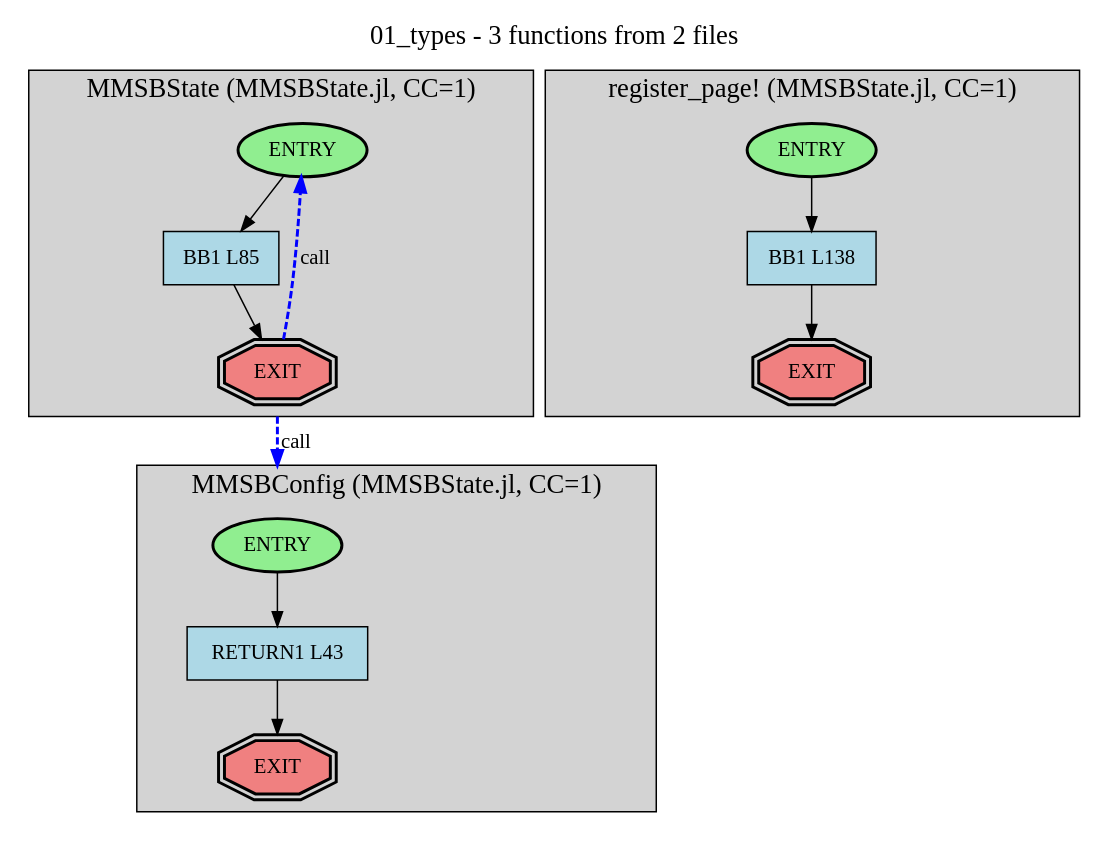
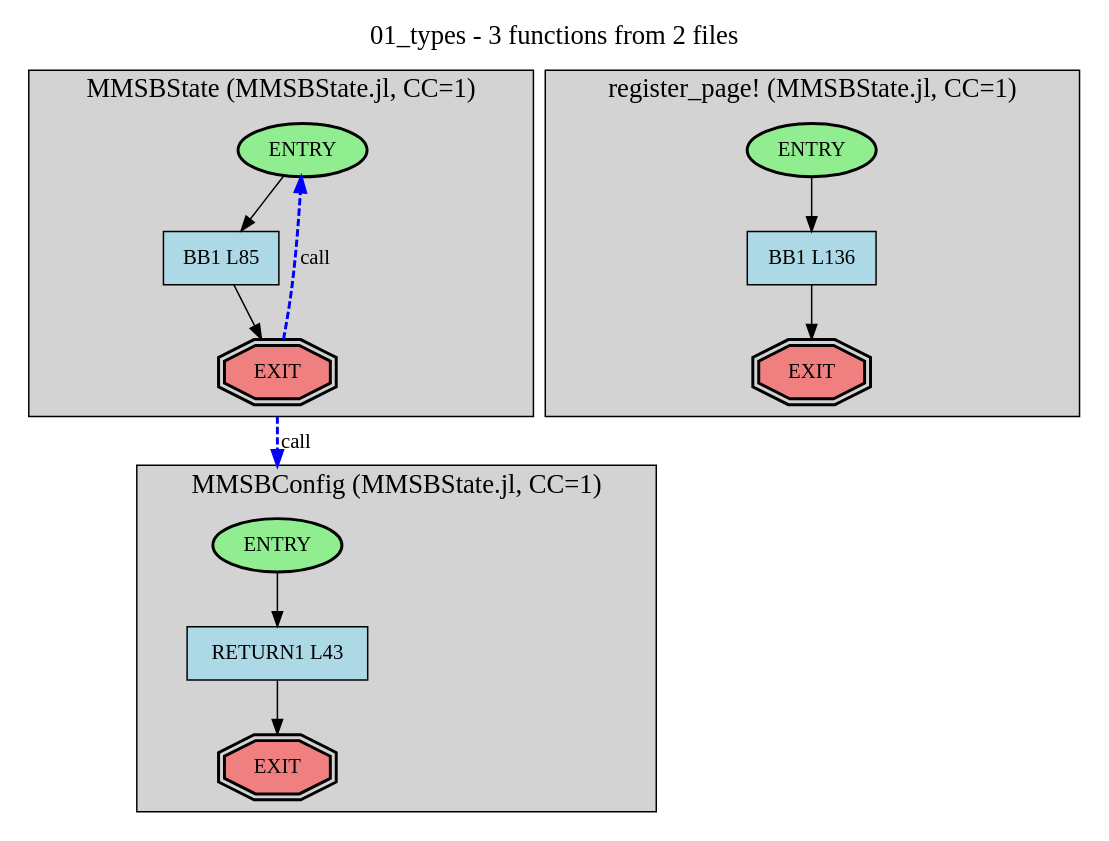
Before and after one commit to cicero-violate/MMSB: the diagram in docs/analysis/cfg/dots/layers/01_types.dot, drawn with Graphviz. The commit also changed 75 other files, not shown here.

```diff
--- a/docs/analysis/cfg/dots/layers/01_types.dot
+++ b/docs/analysis/cfg/dots/layers/01_types.dot
@@ -1,57 +1,57 @@
 digraph LayerCFG {
   rankdir=TB;
   compound=true;
   newrank=true;
 
   label="01_types - 3 functions from 2 files";
   labelloc=t;
   fontsize=18;
 
   subgraph cluster_1 {
     label="MMSBConfig (MMSBState.jl, CC=1)";
     style=filled;
     fillcolor=lightgray;
     color=black;
 
     f1_n320 [label="ENTRY", shape=ellipse, fillcolor=lightgreen, style="filled,bold"];
     f1_n321 [label="EXIT", shape=doubleoctagon, fillcolor=lightcoral, style="filled,bold"];
     f1_n322 [label="RETURN1 L43", shape=box, fillcolor=lightblue, style="filled"];
 
     f1_n320 -> f1_n322;
     f1_n322 -> f1_n321;
   }
 
   subgraph cluster_2 {
     label="MMSBState (MMSBState.jl, CC=1)";
     style=filled;
     fillcolor=lightgray;
     color=black;
 
     f2_n323 [label="ENTRY", shape=ellipse, fillcolor=lightgreen, style="filled,bold"];
     f2_n324 [label="EXIT", shape=doubleoctagon, fillcolor=lightcoral, style="filled,bold"];
     f2_n325 [label="BB1 L85", shape=box, fillcolor=lightblue, style="filled"];
 
     f2_n323 -> f2_n325;
     f2_n325 -> f2_n324;
   }
 
   subgraph cluster_3 {
     label="register_page! (MMSBState.jl, CC=1)";
     style=filled;
     fillcolor=lightgray;
     color=black;
 
     f3_n326 [label="ENTRY", shape=ellipse, fillcolor=lightgreen, style="filled,bold"];
     f3_n327 [label="EXIT", shape=doubleoctagon, fillcolor=lightcoral, style="filled,bold"];
-    f3_n328 [label="BB1 L138", shape=box, fillcolor=lightblue, style="filled"];
+    f3_n328 [label="BB1 L136", shape=box, fillcolor=lightblue, style="filled"];
 
     f3_n326 -> f3_n328;
     f3_n328 -> f3_n327;
   }
 
   // Inter-function calls
   edge [style=dashed, color=blue, penwidth=2];
 
   f2_n324 -> f2_n323 [ltail=cluster_2, lhead=cluster_2, label="call"];
   f2_n324 -> f1_n320 [ltail=cluster_2, lhead=cluster_1, label="call"];
 }
```
